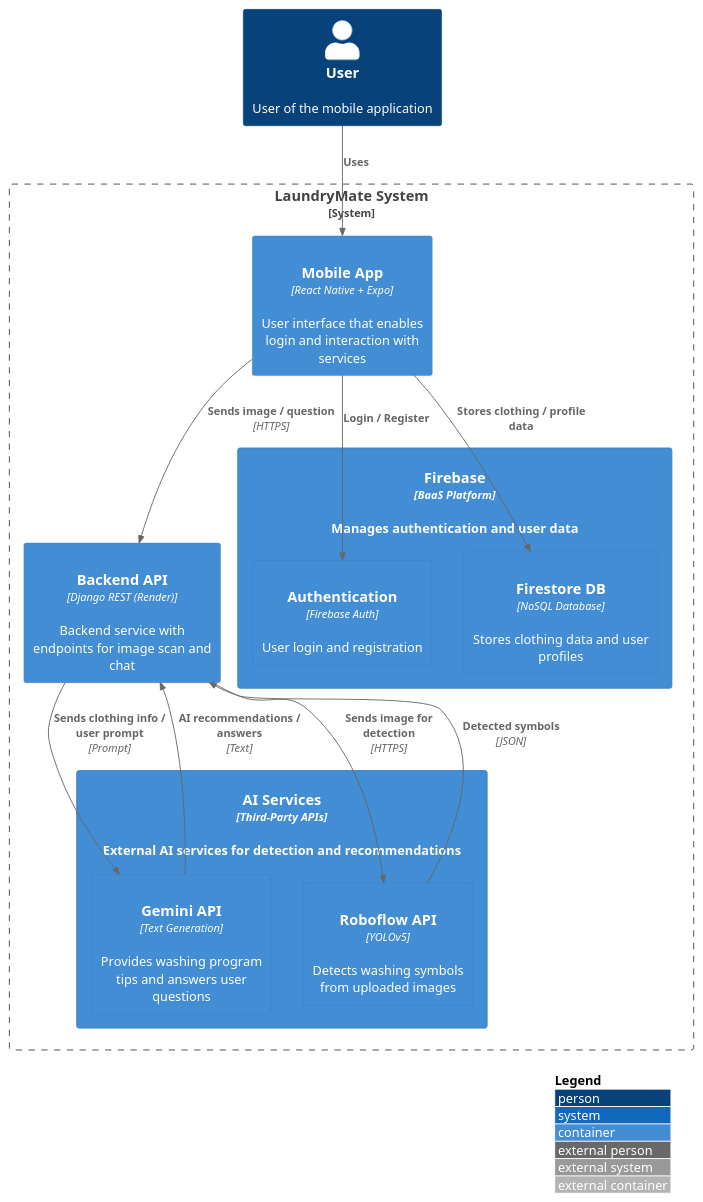
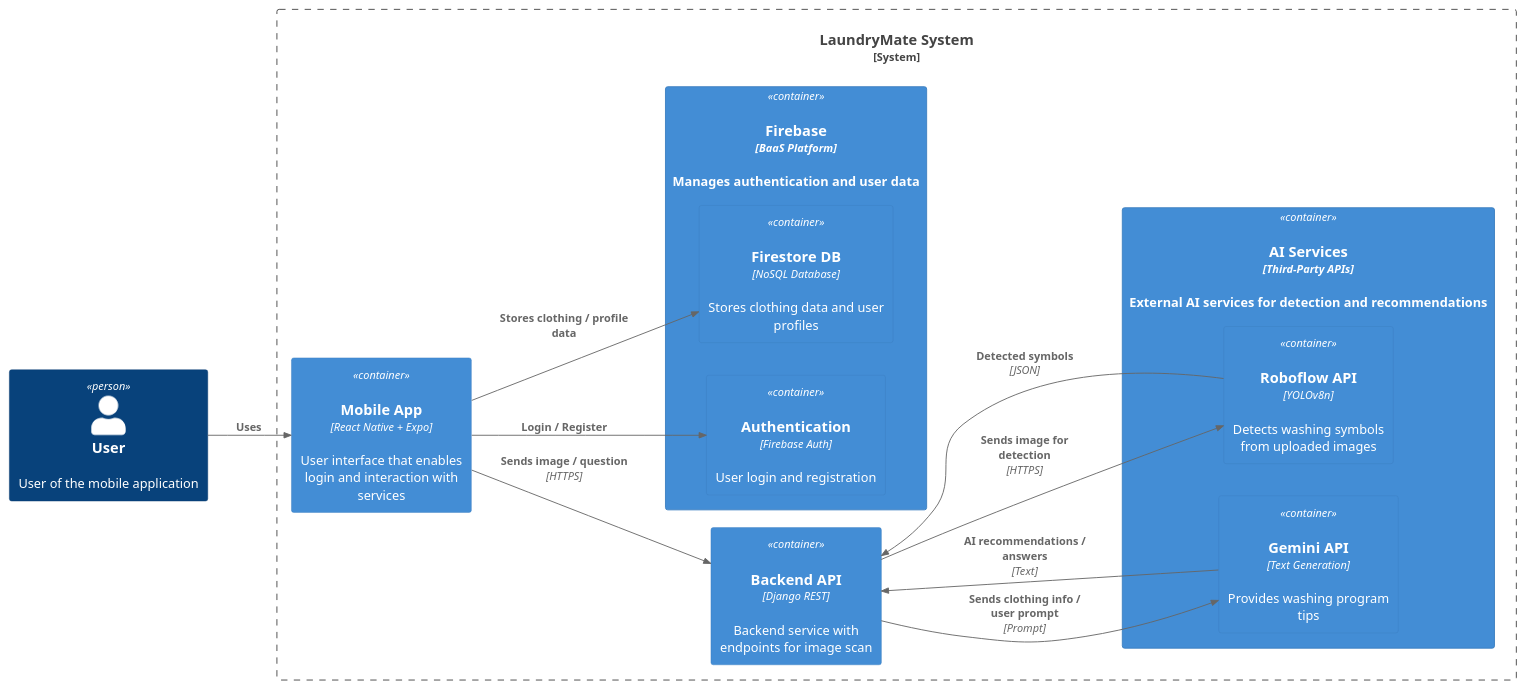
Before and after one commit to zamfiresq/LaundryMate: the diagram in LaundryMateDiagram.puml, drawn with PlantUML. The commit also changed 16 other files, not shown here.

```diff
--- a/LaundryMateDiagram.puml
+++ b/LaundryMateDiagram.puml
@@ -1,36 +1,48 @@
 @startuml LaundryMate_Container
 !includeurl https://raw.githubusercontent.com/plantuml-stdlib/C4-PlantUML/master/C4_Container.puml
 
-AddContainerTag("frontend", $bgColor="LightSkyBlue", $fontColor="White")
-AddContainerTag("backend", $bgColor="MediumAquamarine", $fontColor="White")
-AddContainerTag("infra", $bgColor="LightCoral", $fontColor="Black")
-AddContainerTag("external-ai", $bgColor="Khaki", $fontColor="Black")
+AddContainerTag("frontend", $bgColor="#4A90E2", $fontColor="White")
+AddContainerTag("backend", $bgColor="#50E3C2", $fontColor="Black")
+AddContainerTag("infra", $bgColor="#FFDDC1", $fontColor="Black")
+AddContainerTag("external-ai", $bgColor="#F5F5A5", $fontColor="Black")
 
-LAYOUT_WITH_LEGEND()
+LAYOUT_LEFT_RIGHT()
 
 Person(user, "User", "User of the mobile application")
 
 System_Boundary(laundrymate, "LaundryMate System") {
+
+  ' FRONTEND
   Container(mobile, "Mobile App", "React Native + Expo", "User interface that enables login and interaction with services", "frontend")
-  Container(api, "Backend API", "Django REST (Render)", "Backend service with endpoints for image scan and chat", "backend")
+
+  ' BACKEND
+  Container(api, "Backend API", "Django REST", "Backend service with endpoints for image scan", "backend")
+
+  ' INFRASTRUCTURE
   Container(firebase, "Firebase", "BaaS Platform", "Manages authentication and user data", "infra") {
     Container(auth, "Authentication", "Firebase Auth", "User login and registration", "infra")
     Container(db, "Firestore DB", "NoSQL Database", "Stores clothing data and user profiles", "infra")
   }
+
+  ' EXTERNAL AI SERVICES
   Container(ai, "AI Services", "Third-Party APIs", "External AI services for detection and recommendations", "external-ai") {
-    Container(gemini, "Gemini API", "Text Generation", "Provides washing program tips and answers user questions", "external-ai")
-    Container(roboflow, "Roboflow API", "YOLOv5", "Detects washing symbols from uploaded images", "external-ai")
+    Container(gemini, "Gemini API", "Text Generation", "Provides washing program tips", "external-ai")
+    Container(roboflow, "Roboflow API", "YOLOv8n", "Detects washing symbols from uploaded images", "external-ai")
   }
 }
 
+' USER RELATIONSHIPS
 Rel(user, mobile, "Uses")
+
+' FRONTEND RELATIONSHIPS
 Rel(mobile, auth, "Login / Register")
 Rel(mobile, db, "Stores clothing / profile data")
 Rel(mobile, api, "Sends image / question", "HTTPS")
 
+' BACKEND ↔ AI RELATIONSHIPS
 Rel(api, roboflow, "Sends image for detection", "HTTPS")
 Rel(roboflow, api, "Detected symbols", "JSON")
 Rel(api, gemini, "Sends clothing info / user prompt", "Prompt")
 Rel(gemini, api, "AI recommendations / answers", "Text")
 
 @enduml
```
